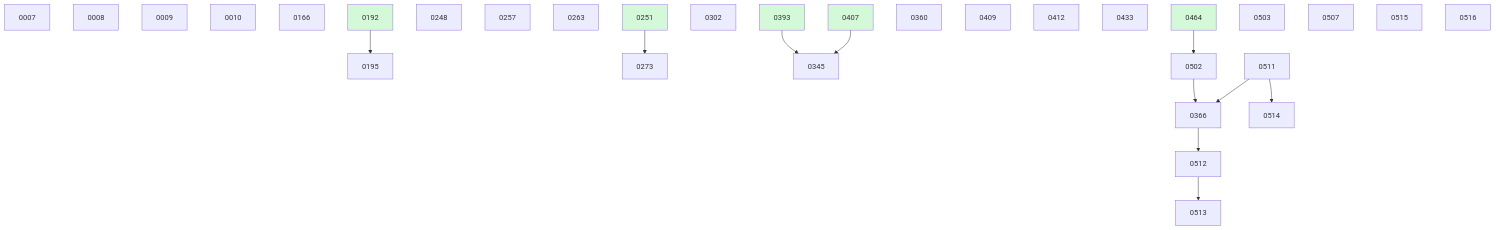
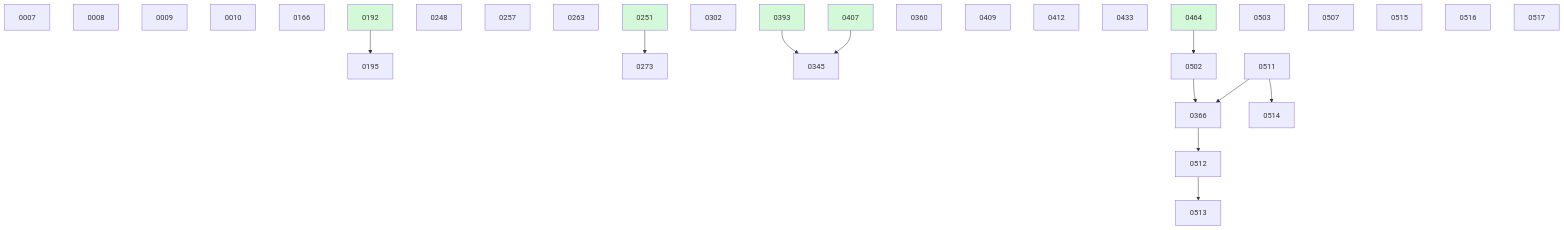
The diagram in docs/changes/BOARD.md (danielhanold/docket), drawn with Mermaid before and after one commit. The commit also changed other lines of this file and 1 other file, not shown here.

````diff
--- a/docs/changes/BOARD.md
+++ b/docs/changes/BOARD.md
@@ -51,37 +52,38 @@
 ```mermaid
 graph TD
   0007
   0008
   0009
   0010
   0166
   0192 --> 0195
   0248
   0257
   0263
   0251 --> 0273
   0302
   0393 --> 0345
   0407 --> 0345
   0360
   0502 --> 0366
   0511 --> 0366
   0409
   0412
   0433
   0464 --> 0502
   0503
   0507
   0511
   0366 --> 0512
   0512 --> 0513
   0511 --> 0514
   0515
   0516
+  0517
   0192:::done
   0251:::done
   0393:::done
   0407:::done
   0464:::done
   classDef done fill:#d3f9d8;
 ```
````
